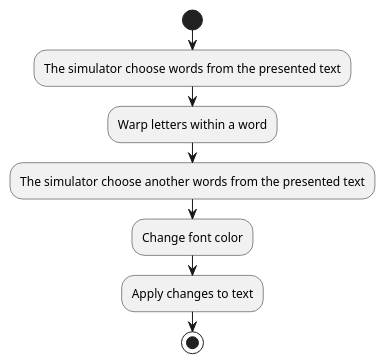
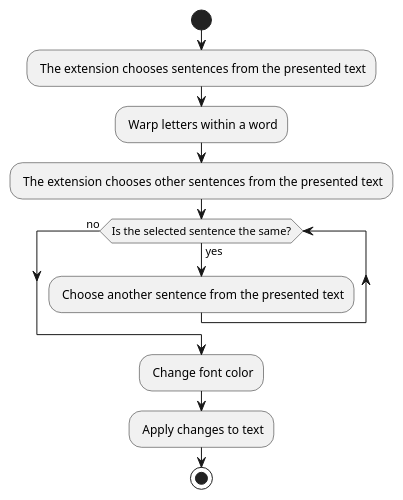
The diagram in diagrams/flow_diagrams/rapidNaming.puml (Muhammed-als/Dyslexia-Simulator), drawn with PlantUML before and after one commit. The commit also changed 23 other files, not shown here.

Commit message:
diagrams and files are updated

```diff
--- a/diagrams/flow_diagrams/rapidNaming.puml
+++ b/diagrams/flow_diagrams/rapidNaming.puml
@@ -1,11 +1,14 @@
 @startuml surface
 start
 
-:The simulator choose words from the presented text;
-:Warp letters within a word;
-:The simulator choose another words from the presented text;
-:Change font color;
-:Apply changes to text;
+: The extension chooses sentences from the presented text;
+: Warp letters within a word;
+: The extension chooses other sentences from the presented text;
+while (Is the selected sentence the same?) is (yes)
+    : Choose another sentence from the presented text;
+endwhile (no)
+: Change font color;
+: Apply changes to text;
 
 stop
 @enduml
```
